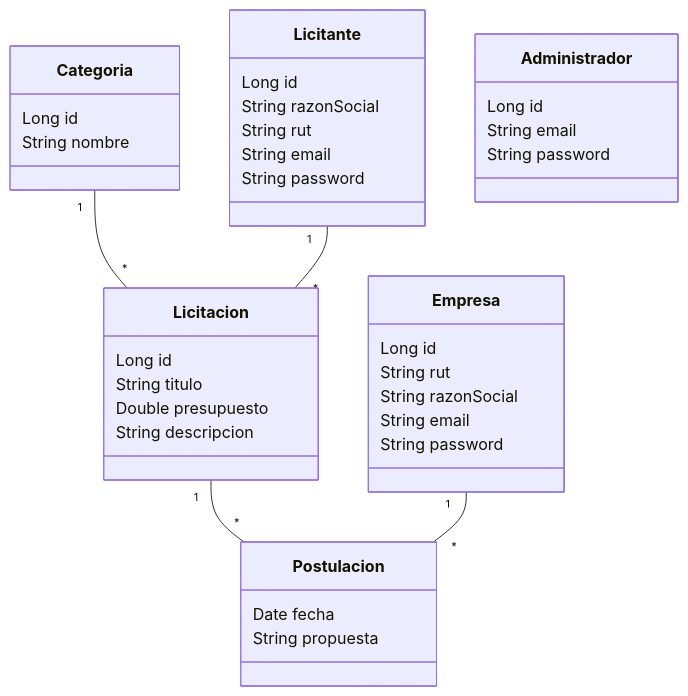
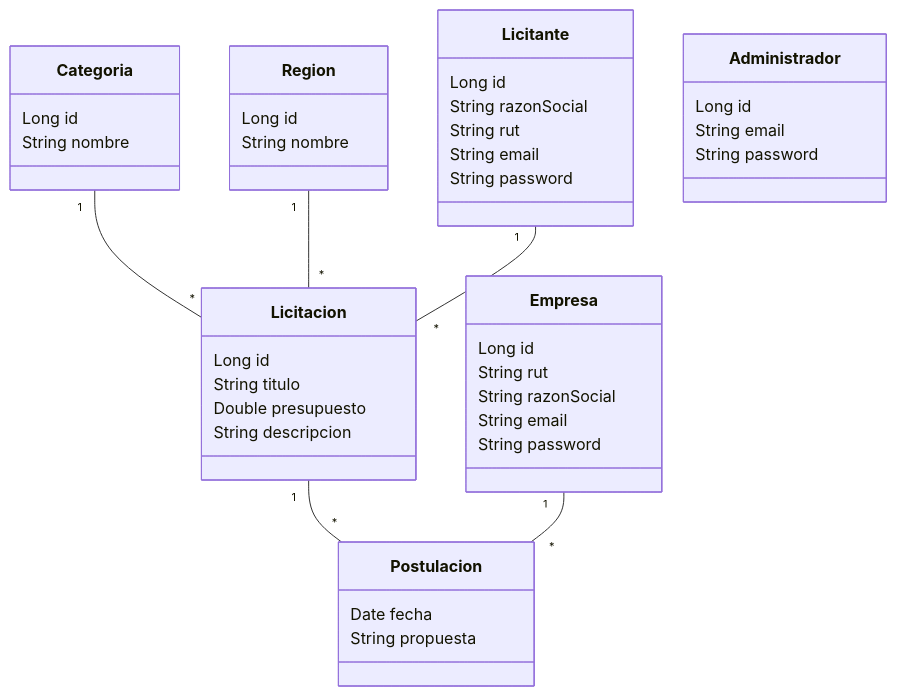
Before and after one commit to stgoneira/desarrollo-aplicaciones-ruby-on-rails: the first of 2 diagrams in apuntes/caso_licitaciones.md, drawn with Mermaid. The commit also changed other lines of this file, not shown here.

````diff
--- a/apuntes/caso_licitaciones.md
+++ b/apuntes/caso_licitaciones.md
@@ -9,41 +9,46 @@
 ```mermaid
 classDiagram
     Categoria "1" -- "*" Licitacion
+    Region "1" -- "*" Licitacion
     Licitacion "1" -- "*" Postulacion
     Licitante "1" -- "*" Licitacion 
     Empresa "1" -- "*" Postulacion
 
     class Administrador {
         Long id 
         String email 
         String password 
     }
     class Categoria {
         Long id 
         String nombre 
     }
+    class Region {
+        Long id 
+        String nombre 
+    }
     class Licitante {
         Long id 
         String razonSocial
         String rut 
         String email 
         String password
     }
     class Licitacion {
         Long id 
-        String titulo 
+        String titulo
         Double presupuesto 
         String descripcion 
     }
     class Empresa {
         Long id 
         String rut 
         String razonSocial 
         String email 
         String password 
     }
     class Postulacion {
         Date fecha 
         String propuesta 
     }  
 ```
````
